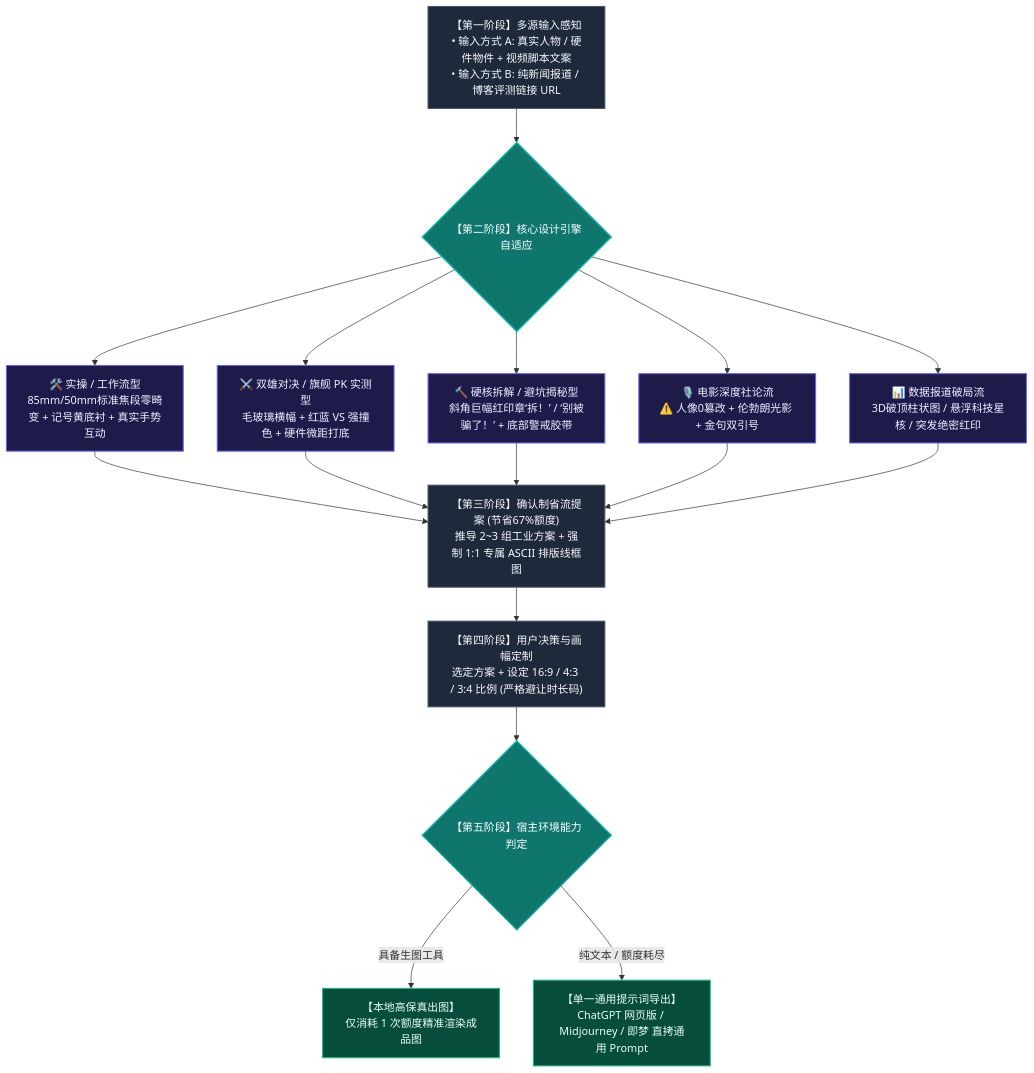
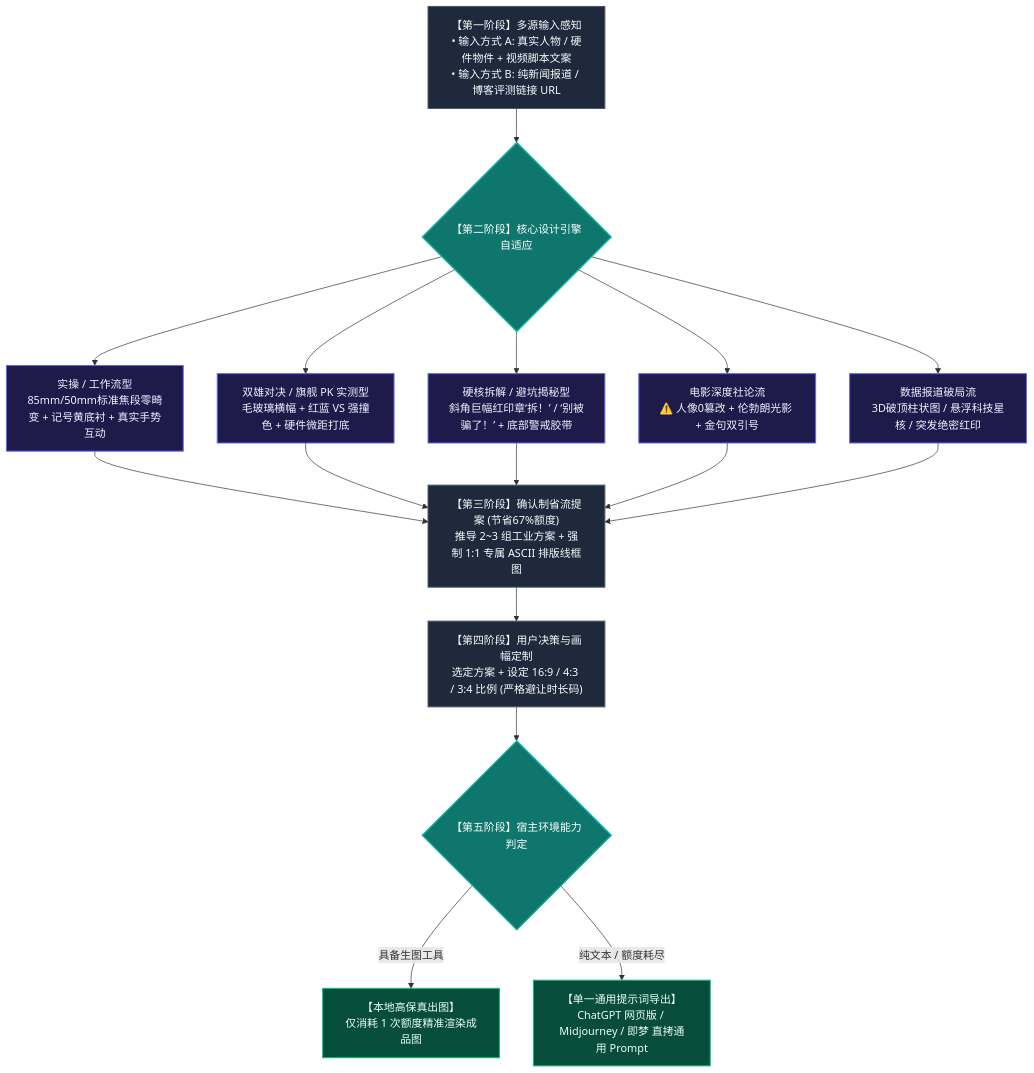
Before and after one commit to XuBeiYou408/video-cover-designer: the diagram in README.md, drawn with Mermaid. The commit also changed other lines of this file, not shown here.

````diff
--- a/README.md
+++ b/README.md
@@ -9,33 +9,33 @@
 ```mermaid
 flowchart TD
     A["【第一阶段】多源输入感知<br>• 输入方式 A: 真实人物 / 硬件物件 + 视频脚本文案<br>• 输入方式 B: 纯新闻报道 / 博客评测链接 URL"]
     --> B{"【第二阶段】核心设计引擎自适应"}
 
-    B --> C1["🛠️ 实操 / 工作流型<br>85mm/50mm标准焦段零畸变 + 记号黄底衬 + 真实手势互动"]
-    B --> C2["⚔️ 双雄对决 / 旗舰 PK 实测型<br>毛玻璃横幅 + 红蓝 VS 强撞色 + 硬件微距打底"]
-    B --> C3["🔨 硬核拆解 / 避坑揭秘型<br>斜角巨幅红印章‘拆！’ / ‘别被骗了！’ + 底部警戒胶带"]
-    B --> C4["🎙️ 电影深度社论流<br>⚠️ 人像0篡改 + 伦勃朗光影 + 金句双引号"]
-    B --> C5["📊 数据报道破局流<br>3D破顶柱状图 / 悬浮科技星核 / 突发绝密红印"]
+    B --> C1[" 实操 / 工作流型<br>85mm/50mm标准焦段零畸变 + 记号黄底衬 + 真实手势互动"]
+    B --> C2[" 双雄对决 / 旗舰 PK 实测型<br>毛玻璃横幅 + 红蓝 VS 强撞色 + 硬件微距打底"]
+    B --> C3[" 硬核拆解 / 避坑揭秘型<br>斜角巨幅红印章‘拆！’ / ‘别被骗了！’ + 底部警戒胶带"]
+    B --> C4[" 电影深度社论流<br>⚠️ 人像0篡改 + 伦勃朗光影 + 金句双引号"]
+    B --> C5[" 数据报道破局流<br>3D破顶柱状图 / 悬浮科技星核 / 突发绝密红印"]
 
     C1 --> D["【第三阶段】确认制省流提案 (节省67%额度)<br>推导 2~3 组工业方案 + 强制 1:1 专属 ASCII 排版线框图"]
     C2 --> D
     C3 --> D
     C4 --> D
     C5 --> D
 
     D --> E["【第四阶段】用户决策与画幅定制<br>选定方案 + 设定 16:9 / 4:3 / 3:4 比例 (严格避让时长码)"]
 
     E --> F{"【第五阶段】宿主环境能力判定"}
     F -->|具备生图工具| G["【本地高保真出图】<br>仅消耗 1 次额度精准渲染成品图"]
     F -->|纯文本 / 额度耗尽| H["【单一通用提示词导出】<br>ChatGPT 网页版 / Midjourney / 即梦 直拷通用 Prompt"]
 
     classDef stage fill:#1E293B,stroke:#475569,color:#F8FAFC,stroke-width:1.5px;
     classDef decision fill:#0F766E,stroke:#14B8A6,color:#FFFFFF,stroke-width:2px;
     classDef engine fill:#1E1B4B,stroke:#6366F1,color:#EEF2FF,stroke-width:1.5px;
     classDef output fill:#064E3B,stroke:#10B981,color:#ECFDF5,stroke-width:1.5px;
 
     class A,D,E stage;
     class B,F decision;
     class C1,C2,C3,C4,C5 engine;
     class G,H output;
 ```
````
